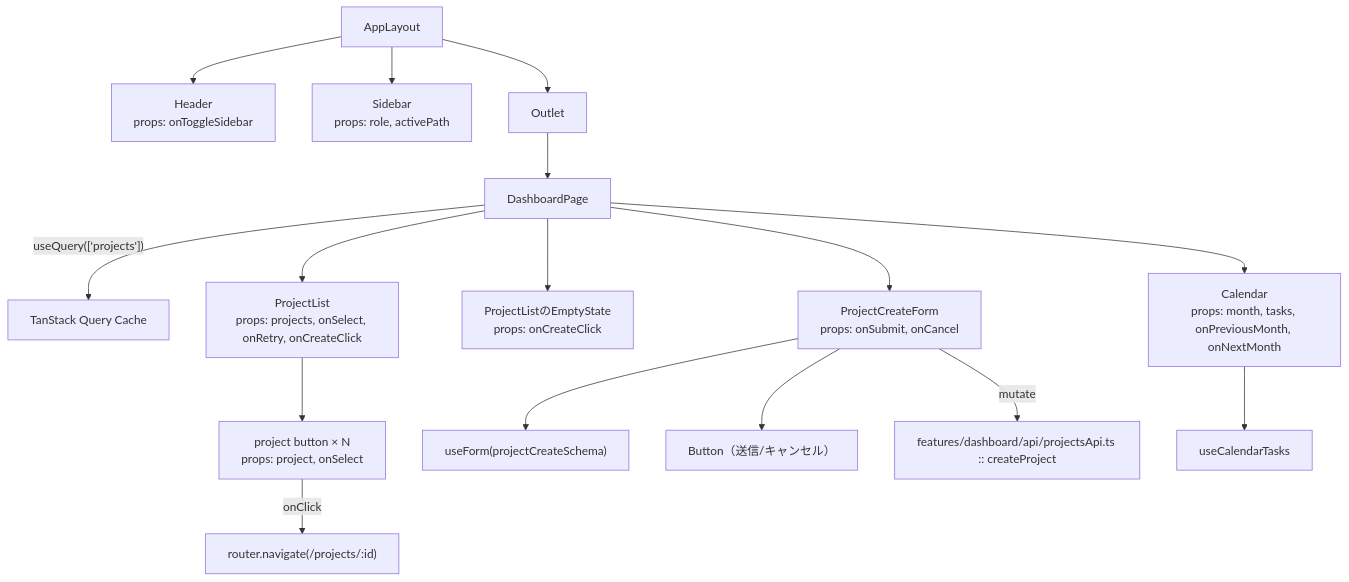
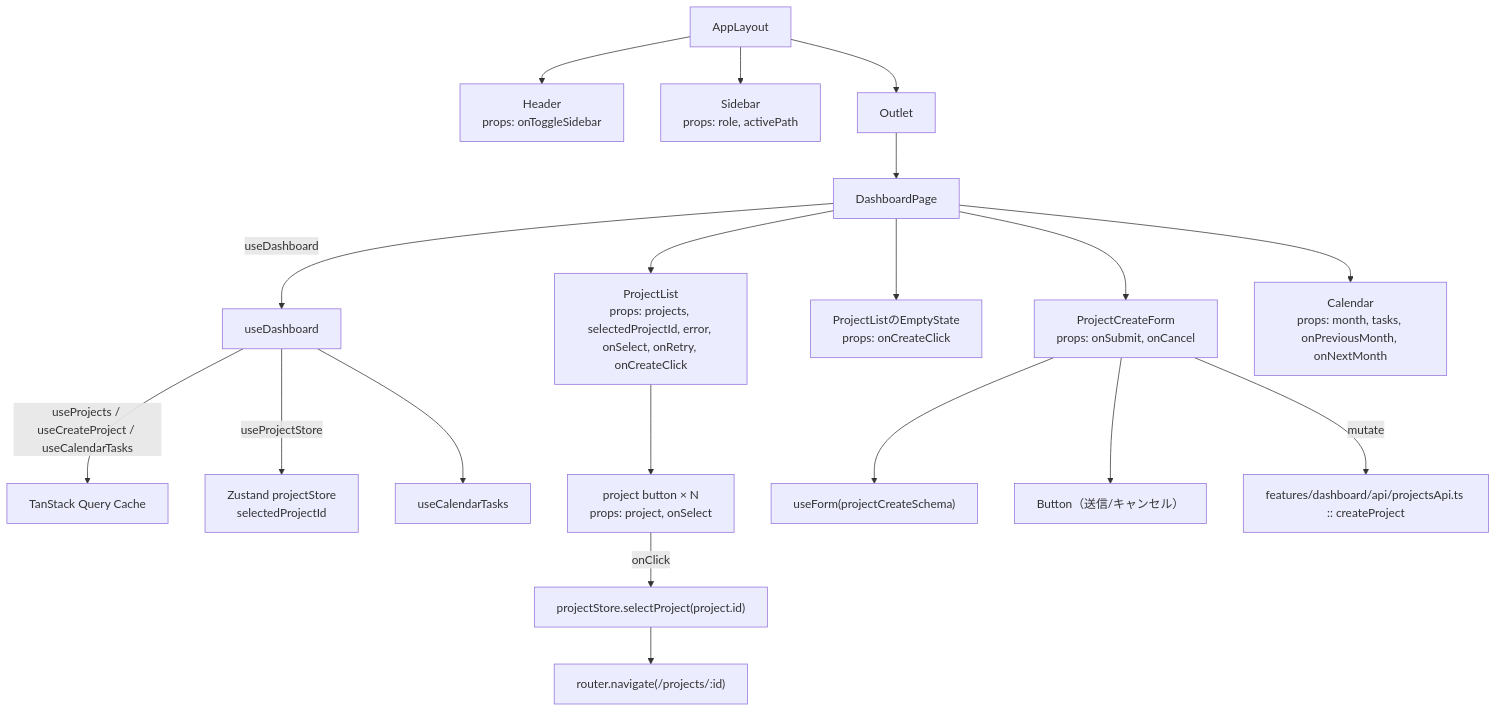
Before and after one commit to oikawa-d/task_management: the fourth of 5 diagrams in docs/detailed_design/screen/06_dashboard.md, drawn with Mermaid. The commit also changed other lines of this file and 20 other files, not shown here.

````diff
--- a/docs/detailed_design/screen/06_dashboard.md
+++ b/docs/detailed_design/screen/06_dashboard.md
@@ -212,20 +222,23 @@
 ```mermaid
 flowchart TB
     APL["AppLayout"] --> HD["Header<br/>props: onToggleSidebar"]
     APL --> SB["Sidebar<br/>props: role, activePath"]
     APL --> OUT["Outlet"]
     OUT --> DP["DashboardPage"]
 
-    DP -->|"useQuery(['projects'])"| Q["TanStack Query Cache"]
-    DP --> PCL["ProjectList<br/>props: projects, onSelect, onRetry, onCreateClick"]
+    DP -->|"useDashboard"| DS["useDashboard"]
+    DS -->|"useProjects / useCreateProject / useCalendarTasks"| Q["TanStack Query Cache"]
+    DS -->|"useProjectStore"| PS["Zustand projectStore<br/>selectedProjectId"]
+    DP --> PCL["ProjectList<br/>props: projects, selectedProjectId, error, onSelect, onRetry, onCreateClick"]
     PCL --> PC["project button × N<br/>props: project, onSelect"]
     DP --> EMP["ProjectListのEmptyState<br/>props: onCreateClick"]
     DP --> PCM["ProjectCreateForm<br/>props: onSubmit, onCancel"]
     PCM --> RHF["useForm(projectCreateSchema)"]
     DP --> CAL["Calendar<br/>props: month, tasks, onPreviousMonth, onNextMonth"]
-    CAL --> CT["useCalendarTasks"]
+    DS --> CT["useCalendarTasks"]
     PCM --> BTN["Button（送信/キャンセル）"]
 
-    PC -->|"onClick"| NAV["router.navigate(/projects/:id)"]
+    PC -->|"onClick"| SEL["projectStore.selectProject(project.id)"]
+    SEL --> NAV["router.navigate(/projects/:id)"]
     PCM -->|"mutate"| EP["features/dashboard/api/projectsApi.ts :: createProject"]
 ```
````
